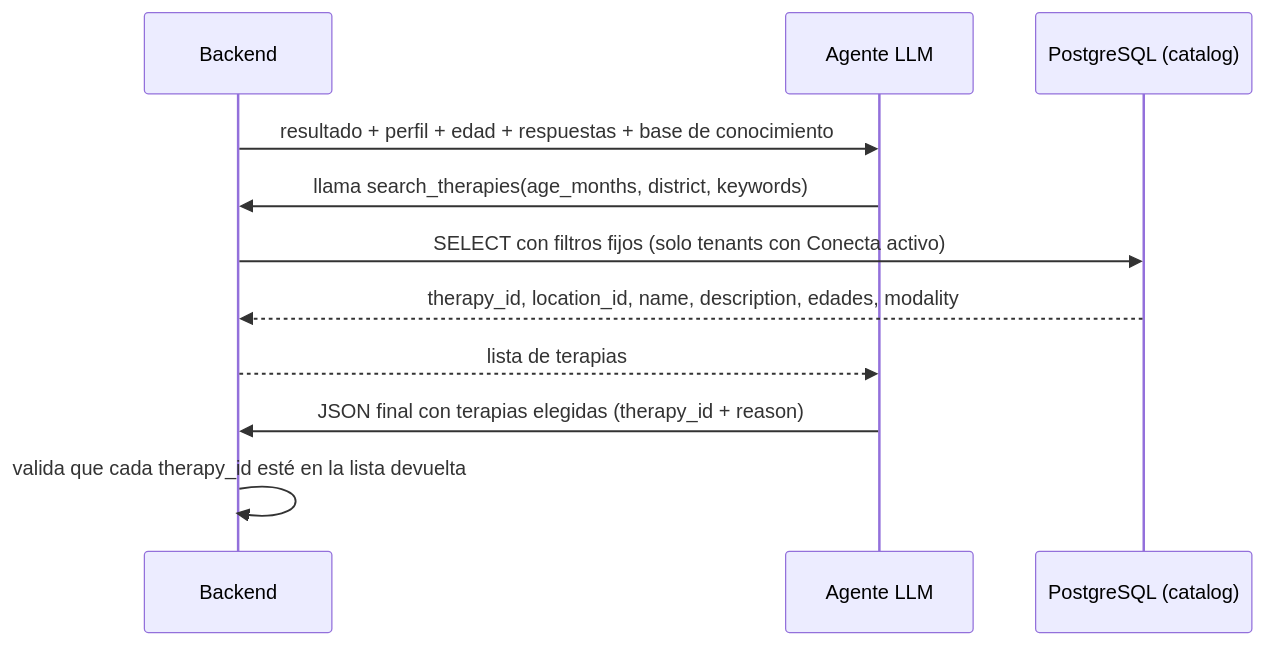
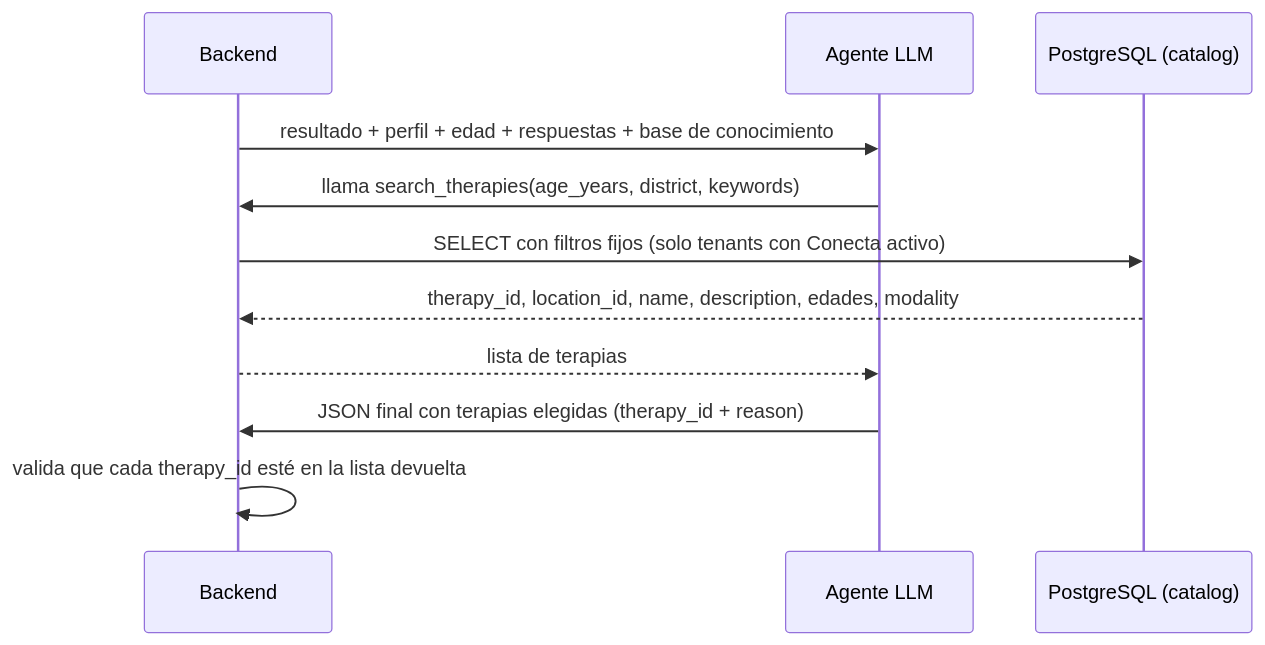
Before and after one commit to ErnestoSCL/neuroa-modelo-tamizaje: the second of 2 diagrams in docs/consideraciones_app_tamizaje.md, drawn with Mermaid. The commit also changed other lines of this file and 5 other files, not shown here.

````diff
--- a/docs/consideraciones_app_tamizaje.md
+++ b/docs/consideraciones_app_tamizaje.md
@@ -436,13 +434,13 @@
 ```mermaid
 sequenceDiagram
     participant API as Backend
     participant LLM as Agente LLM
     participant DB as PostgreSQL (catalog)
     API->>LLM: resultado + perfil + edad + respuestas + base de conocimiento
-    LLM->>API: llama search_therapies(age_months, district, keywords)
+    LLM->>API: llama search_therapies(age_years, district, keywords)
     API->>DB: SELECT con filtros fijos (solo tenants con Conecta activo)
     DB-->>API: therapy_id, location_id, name, description, edades, modality
     API-->>LLM: lista de terapias
     LLM->>API: JSON final con terapias elegidas (therapy_id + reason)
     API->>API: valida que cada therapy_id esté en la lista devuelta
 ```
````
